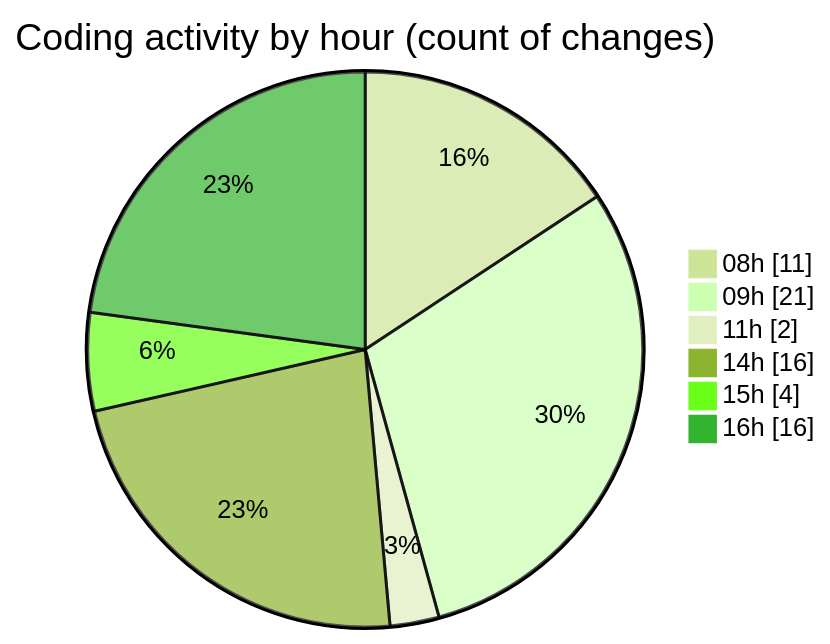
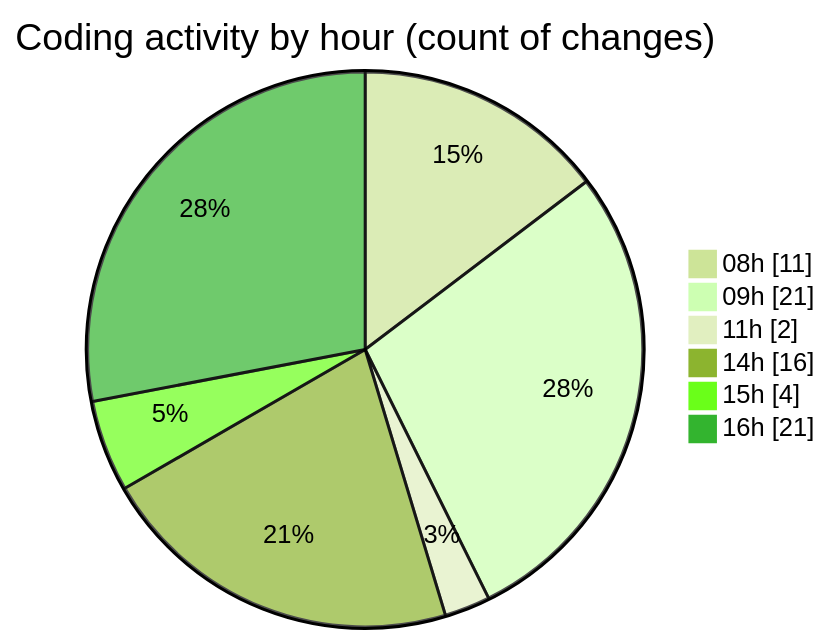
One commit to julien-gomy/code-tracking changed the second of 2 diagrams in 2025-10-13/eventscop-frontend-guide__workspace_/README.md. Above: the diagram before and after it, drawn with Mermaid (forest theme). The commit also changed other lines of this file and 1 other file, not shown here.

````diff
--- a/2025-10-13/eventscop-frontend-guide__workspace_/README.md
+++ b/2025-10-13/eventscop-frontend-guide__workspace_/README.md
@@ -56,10 +56,10 @@
 ```mermaid
 pie showData
 title Coding activity by hour (count of changes)
 "08h" : 11
 "09h" : 21
 "11h" : 2
 "14h" : 16
 "15h" : 4
-"16h" : 16
+"16h" : 21
 ```
````
